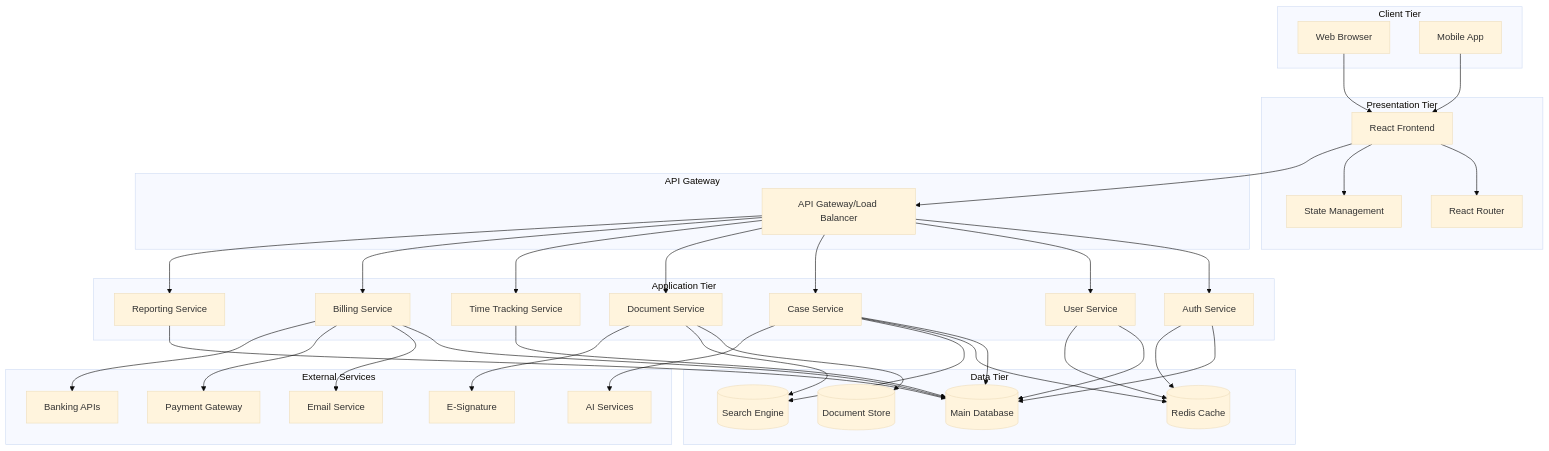
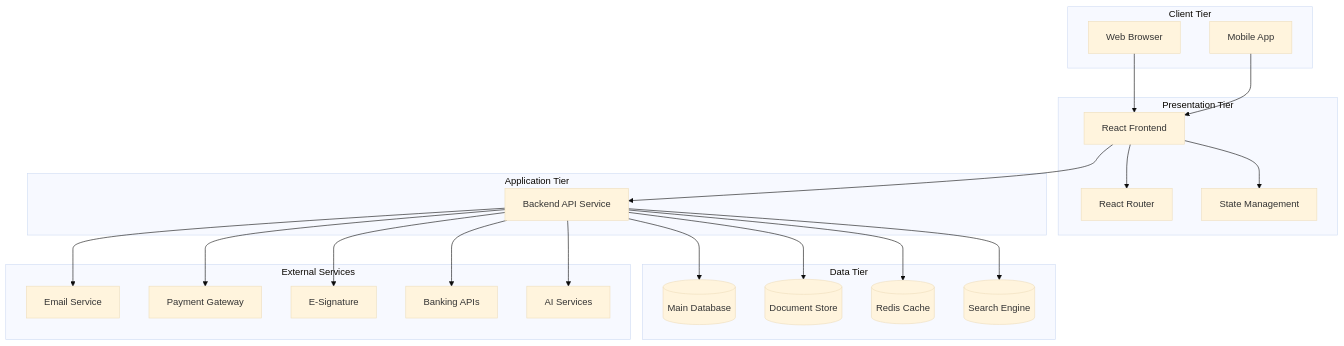
The first of 14 diagrams in architectural_document.md (JacobKayembekazadi/SEBENZAMVP1), drawn with Mermaid (base theme) before and after one commit. The commit also changed other lines of this file and 13 other files, not shown here.

````diff
--- a/architectural_document.md
+++ b/architectural_document.md
@@ -42,77 +42,48 @@
 ```mermaid
 graph TB
     subgraph "Client Tier"
         WEB[Web Browser]
         MOBILE[Mobile App]
     end
     
     subgraph "Presentation Tier"
         REACT[React Frontend]
         ROUTER[React Router]
         STATE[State Management]
     end
     
-    subgraph "API Gateway"
-        GATEWAY[API Gateway/Load Balancer]
-    end
-    
     subgraph "Application Tier"
-        AUTH[Auth Service]
-        USER[User Service]
-        CASE[Case Service]
-        DOC[Document Service]
-        TIME[Time Tracking Service]
-        BILL[Billing Service]
-        REPORT[Reporting Service]
+        BACKEND_API[Backend API Service]
     end
     
     subgraph "Data Tier"
         MAIN_DB[(Main Database)]
         DOC_STORE[(Document Store)]
         CACHE[(Redis Cache)]
         SEARCH[(Search Engine)]
     end
     
     subgraph "External Services"
         EMAIL[Email Service]
         PAY[Payment Gateway]
         ESIGN[E-Signature]
         BANK[Banking APIs]
         AI[AI Services]
     end
     
     WEB --> REACT
     MOBILE --> REACT
     REACT --> ROUTER
     REACT --> STATE
-    REACT --> GATEWAY
-    
-    GATEWAY --> AUTH
-    GATEWAY --> USER
-    GATEWAY --> CASE
-    GATEWAY --> DOC
-    GATEWAY --> TIME
-    GATEWAY --> BILL
-    GATEWAY --> REPORT
-    
-    AUTH --> MAIN_DB
-    USER --> MAIN_DB
-    CASE --> MAIN_DB
-    DOC --> DOC_STORE
-    TIME --> MAIN_DB
-    BILL --> MAIN_DB
-    REPORT --> MAIN_DB
-    
-    AUTH --> CACHE
-    USER --> CACHE
-    CASE --> CACHE
-    
-    DOC --> SEARCH
-    CASE --> SEARCH
-    
-    BILL --> EMAIL
-    BILL --> PAY
-    DOC --> ESIGN
-    BILL --> BANK
-    CASE --> AI
+    REACT --> BACKEND_API
+
+    BACKEND_API --> MAIN_DB
+    BACKEND_API --> DOC_STORE
+    BACKEND_API --> CACHE
+    BACKEND_API --> SEARCH
+    BACKEND_API --> EMAIL
+    BACKEND_API --> PAY
+    BACKEND_API --> ESIGN
+    BACKEND_API --> BANK
+    BACKEND_API --> AI
 ```
````
